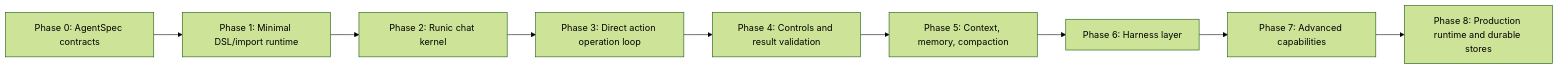
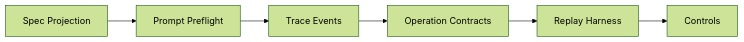
One commit to agentjido/jidoka changed the third of 3 diagrams in JIDOKA_V2.md. Above: the diagram before and after it, drawn with Mermaid (forest theme). The commit also changed other lines of this file and 68 other files, not shown here.

Commit message:
Refine V2 contracts and controls DSL

````diff
--- a/JIDOKA_V2.md
+++ b/JIDOKA_V2.md
@@ -2222,11 +2284,8 @@
 ```mermaid
 graph LR
-  A["Phase 0: AgentSpec contracts"] --> B["Phase 1: Minimal DSL/import runtime"]
-  B --> C["Phase 2: Runic chat kernel"]
-  C --> D["Phase 3: Direct action operation loop"]
-  D --> E["Phase 4: Controls and result validation"]
-  E --> F["Phase 5: Context, memory, compaction"]
-  F --> G["Phase 6: Harness layer"]
-  G --> H["Phase 7: Advanced capabilities"]
-  H --> I["Phase 8: Production runtime and durable stores"]
+  A["Spec Projection"] --> B["Prompt Preflight"]
+  B --> C["Trace Events"]
+  C --> D["Operation Contracts"]
+  D --> E["Replay Harness"]
+  E --> F["Controls"]
 ```
````
